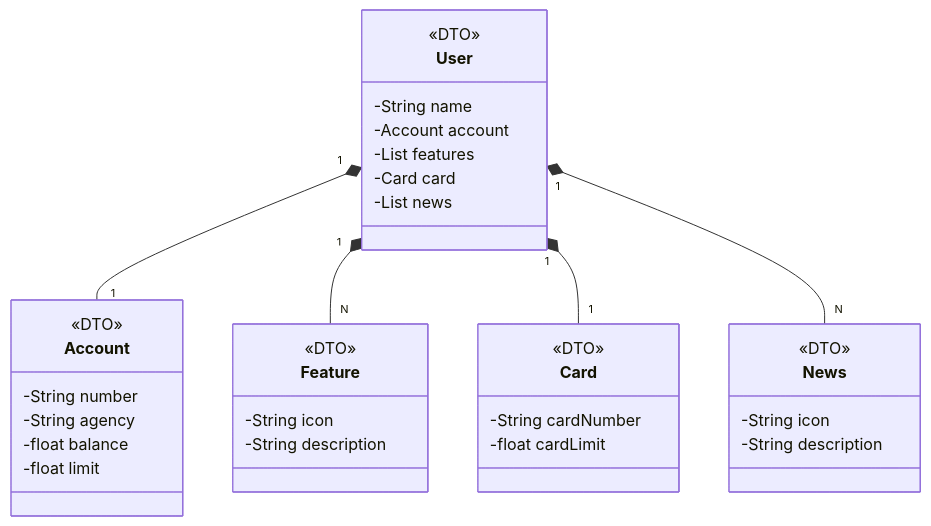
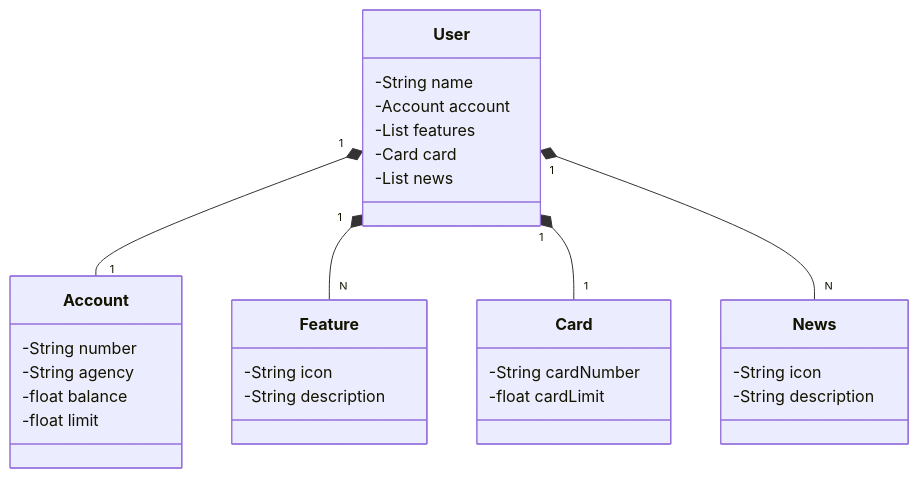
Before and after one commit to oGuilhermeViana/test: the diagram in README.md, drawn with Mermaid.

````diff
--- a/README.md
+++ b/README.md
@@ -3,43 +3,38 @@
 ```mermaid
 classDiagram
     class User {
-        <<DTO>>
         -String name
         -Account account
         -List<Feature> features
         -Card card
         -List<News> news
     }
     
     class Account {
-        <<DTO>>
         -String number
         -String agency
         -float balance
         -float limit
     }
     
     class Feature {
-        <<DTO>>
         -String icon
         -String description
     }
     
     class Card {
-        <<DTO>>
         -String cardNumber
         -float cardLimit
     }
     
     class News {
-        <<DTO>>
         -String icon
         -String description
     }
     
     User "1" *-- "1" Account
     User "1" *-- "N" Feature
     User "1" *-- "1" Card
     User "1" *-- "N" News
 
 ```
````
